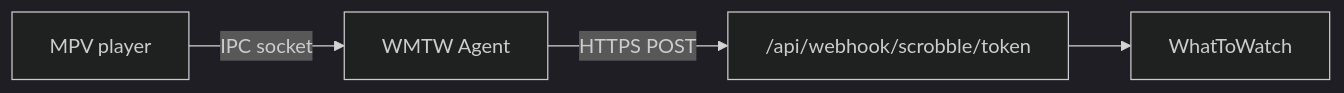
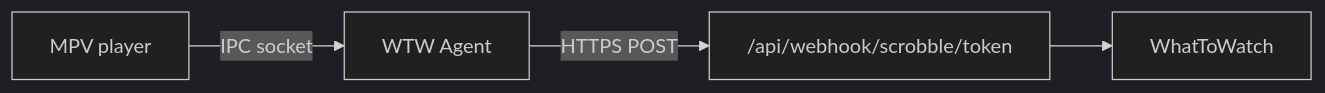
Before and after one commit to reloadlife/wtw-agent: the diagram in README.md, drawn with Mermaid (dark theme). The commit also changed other lines of this file and 8 other files, not shown here.

First line of the commit message:
Rename project to wtw-agent

````diff
--- a/README.md
+++ b/README.md
@@ -64,6 +64,6 @@
 ```mermaid
 flowchart LR
-  MPV[MPV player] -->|IPC socket| Agent[WMTW Agent]
+  MPV[MPV player] -->|IPC socket| Agent[WTW Agent]
   Agent -->|HTTPS POST| Webhook["/api/webhook/scrobble/token"]
   Webhook --> WMTW[WhatToWatch]
 ```
````
